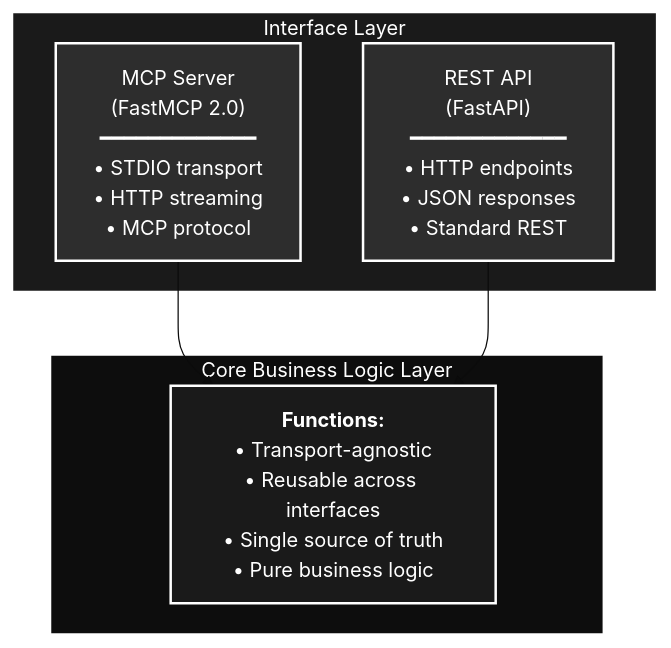
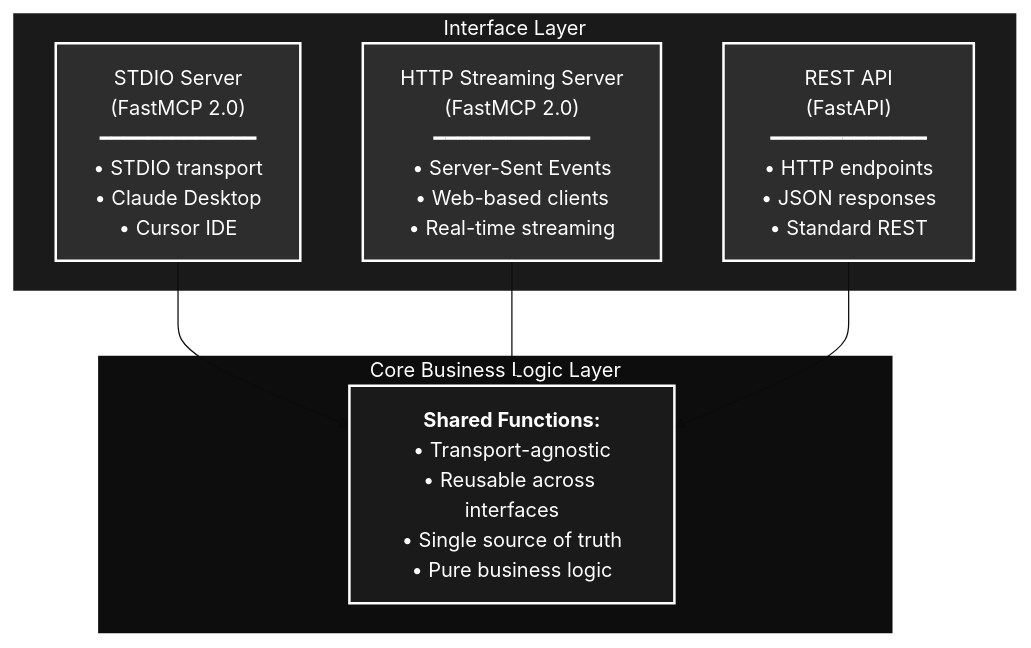
The first of 2 diagrams in README.md (legacy-ai-labs/mcp-server-language-converter), drawn with Mermaid (base theme) before and after one commit. The commit also changed other lines of this file and 29 other files, not shown here.

First line of the commit message:
feat: Implement HTTP Streaming and reorganize MCP server architecture

````diff
--- a/README.md
+++ b/README.md
@@ -25,20 +25,23 @@
 ```mermaid
 graph TB
     subgraph Interface["Interface Layer"]
-        MCP["MCP Server<br/>(FastMCP 2.0)<br/>━━━━━━━━━━━━━<br/>• STDIO transport<br/>• HTTP streaming<br/>• MCP protocol"]
+        STDIO["STDIO Server<br/>(FastMCP 2.0)<br/>━━━━━━━━━━━━━<br/>• STDIO transport<br/>• Claude Desktop<br/>• Cursor IDE"]
+        HTTP["HTTP Streaming Server<br/>(FastMCP 2.0)<br/>━━━━━━━━━━━━━<br/>• Server-Sent Events<br/>• Web-based clients<br/>• Real-time streaming"]
         REST["REST API<br/>(FastAPI)<br/>━━━━━━━━━━━━━<br/>• HTTP endpoints<br/>• JSON responses<br/>• Standard REST"]
     end
 
     subgraph Core["Core Business Logic Layer"]
-        BL["<b>Functions:</b><br/>• Transport-agnostic<br/>• Reusable across interfaces<br/>• Single source of truth<br/>• Pure business logic"]
+        BL["<b>Shared Functions:</b><br/>• Transport-agnostic<br/>• Reusable across interfaces<br/>• Single source of truth<br/>• Pure business logic"]
     end
 
-    MCP --> BL
+    STDIO --> BL
+    HTTP --> BL
     REST --> BL
 
     style Interface fill:#1a1a1a,stroke:#fff,stroke-width:2px,color:#fff
     style Core fill:#0d0d0d,stroke:#fff,stroke-width:2px,color:#fff
-    style MCP fill:#2d2d2d,stroke:#fff,stroke-width:2px,color:#fff
+    style STDIO fill:#2d2d2d,stroke:#fff,stroke-width:2px,color:#fff
+    style HTTP fill:#2d2d2d,stroke:#fff,stroke-width:2px,color:#fff
     style REST fill:#2d2d2d,stroke:#fff,stroke-width:2px,color:#fff
     style BL fill:#1a1a1a,stroke:#fff,stroke-width:2px,color:#fff
 ```
````
